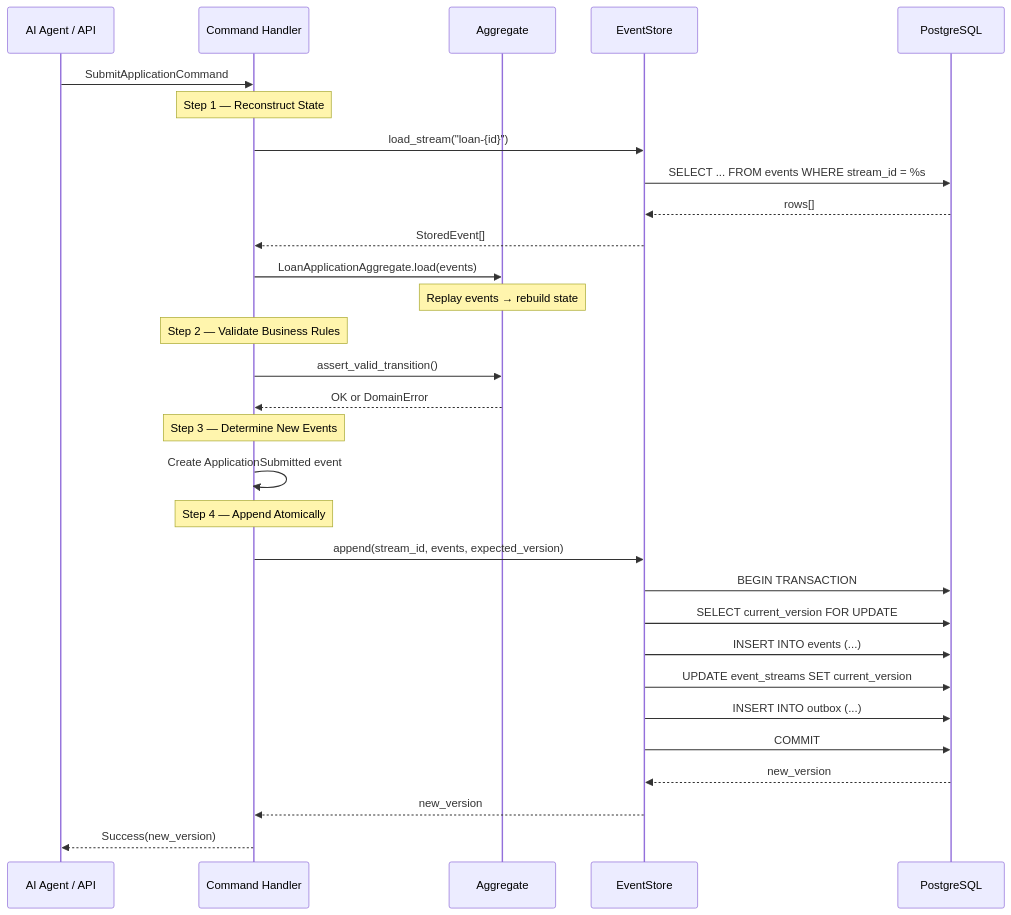
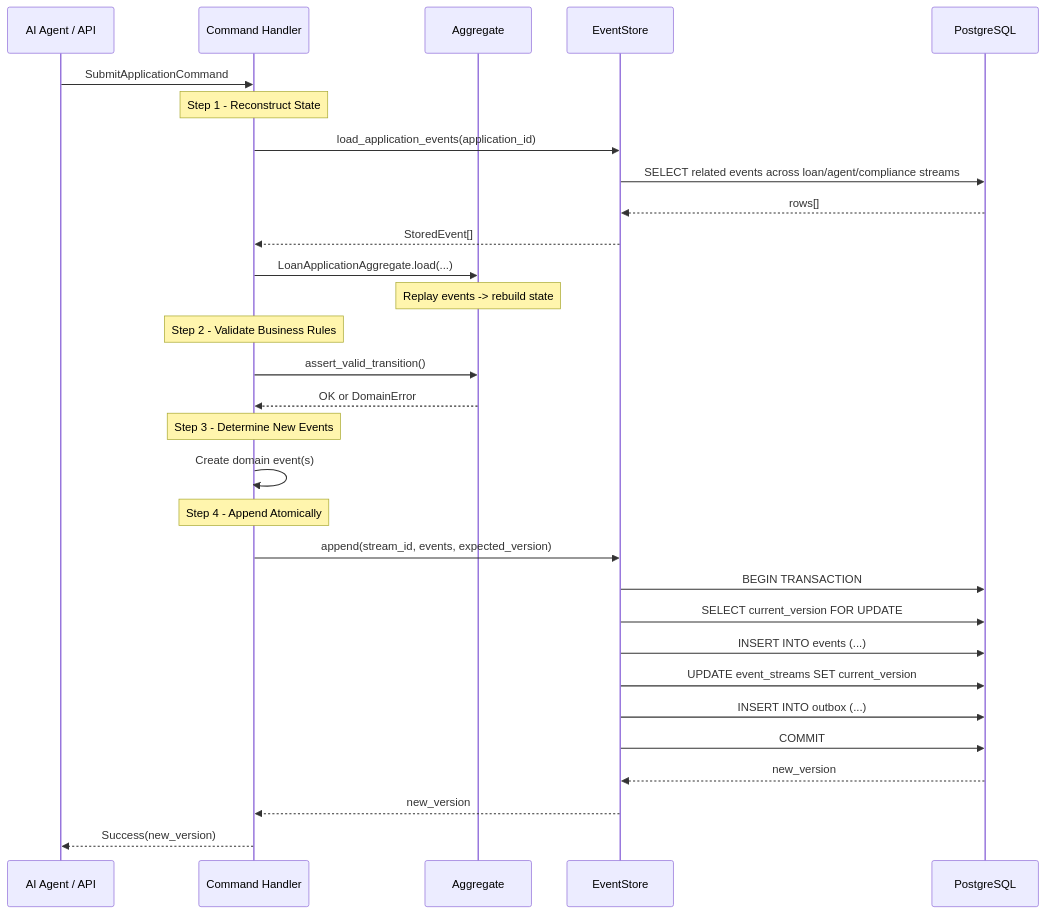
The third of 5 diagrams in docs/INTERIM_REPORT.md (Sanoy24/agentic-event-store), drawn with Mermaid before and after one commit. The commit also changed other lines of this file, not shown here.

````diff
--- a/docs/INTERIM_REPORT.md
+++ b/docs/INTERIM_REPORT.md
@@ -94,36 +94,36 @@
 ```mermaid
 sequenceDiagram
     participant Client as AI Agent / API
     participant Handler as Command Handler
     participant Agg as Aggregate
     participant Store as EventStore
     participant DB as PostgreSQL
 
     Client->>Handler: SubmitApplicationCommand
-    Note over Handler: Step 1 — Reconstruct State
-    Handler->>Store: load_stream("loan-{id}")
-    Store->>DB: SELECT ... FROM events WHERE stream_id = %s
+    Note over Handler: Step 1 - Reconstruct State
+    Handler->>Store: load_application_events(application_id)
+    Store->>DB: SELECT related events across loan/agent/compliance streams
     DB-->>Store: rows[]
     Store-->>Handler: StoredEvent[]
-    Handler->>Agg: LoanApplicationAggregate.load(events)
-    Note over Agg: Replay events → rebuild state
+    Handler->>Agg: LoanApplicationAggregate.load(...)
+    Note over Agg: Replay events -> rebuild state
 
-    Note over Handler: Step 2 — Validate Business Rules
+    Note over Handler: Step 2 - Validate Business Rules
     Handler->>Agg: assert_valid_transition()
     Agg-->>Handler: OK or DomainError
 
-    Note over Handler: Step 3 — Determine New Events
-    Handler->>Handler: Create ApplicationSubmitted event
+    Note over Handler: Step 3 - Determine New Events
+    Handler->>Handler: Create domain event(s)
 
-    Note over Handler: Step 4 — Append Atomically
+    Note over Handler: Step 4 - Append Atomically
     Handler->>Store: append(stream_id, events, expected_version)
     Store->>DB: BEGIN TRANSACTION
     Store->>DB: SELECT current_version FOR UPDATE
     Store->>DB: INSERT INTO events (...)
     Store->>DB: UPDATE event_streams SET current_version
     Store->>DB: INSERT INTO outbox (...)
     Store->>DB: COMMIT
     DB-->>Store: new_version
     Store-->>Handler: new_version
     Handler-->>Client: Success(new_version)
 ```
````
